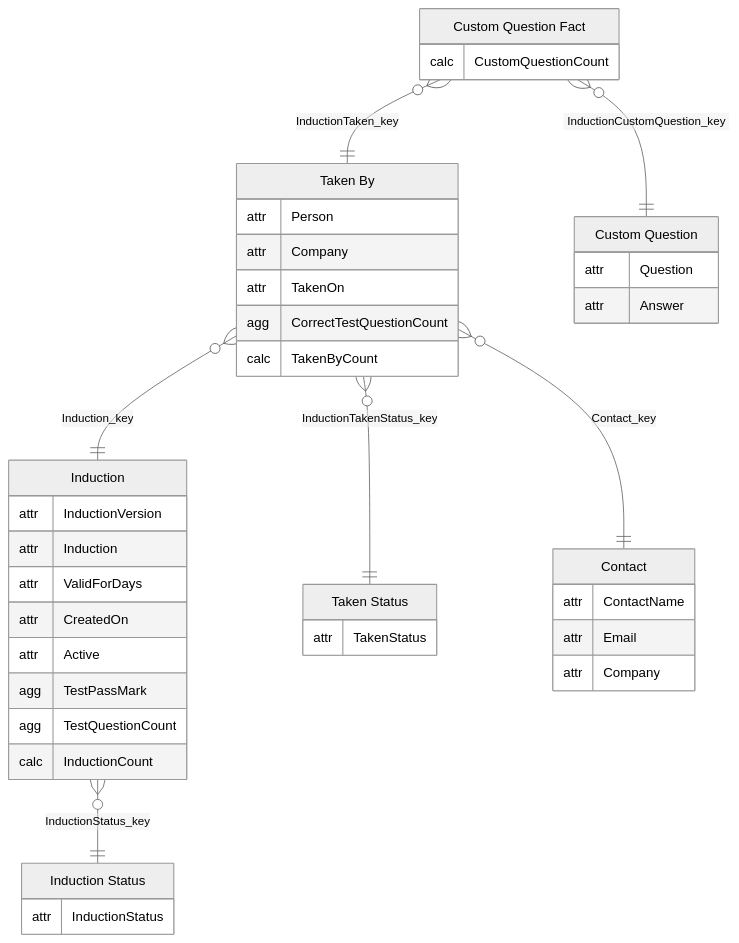
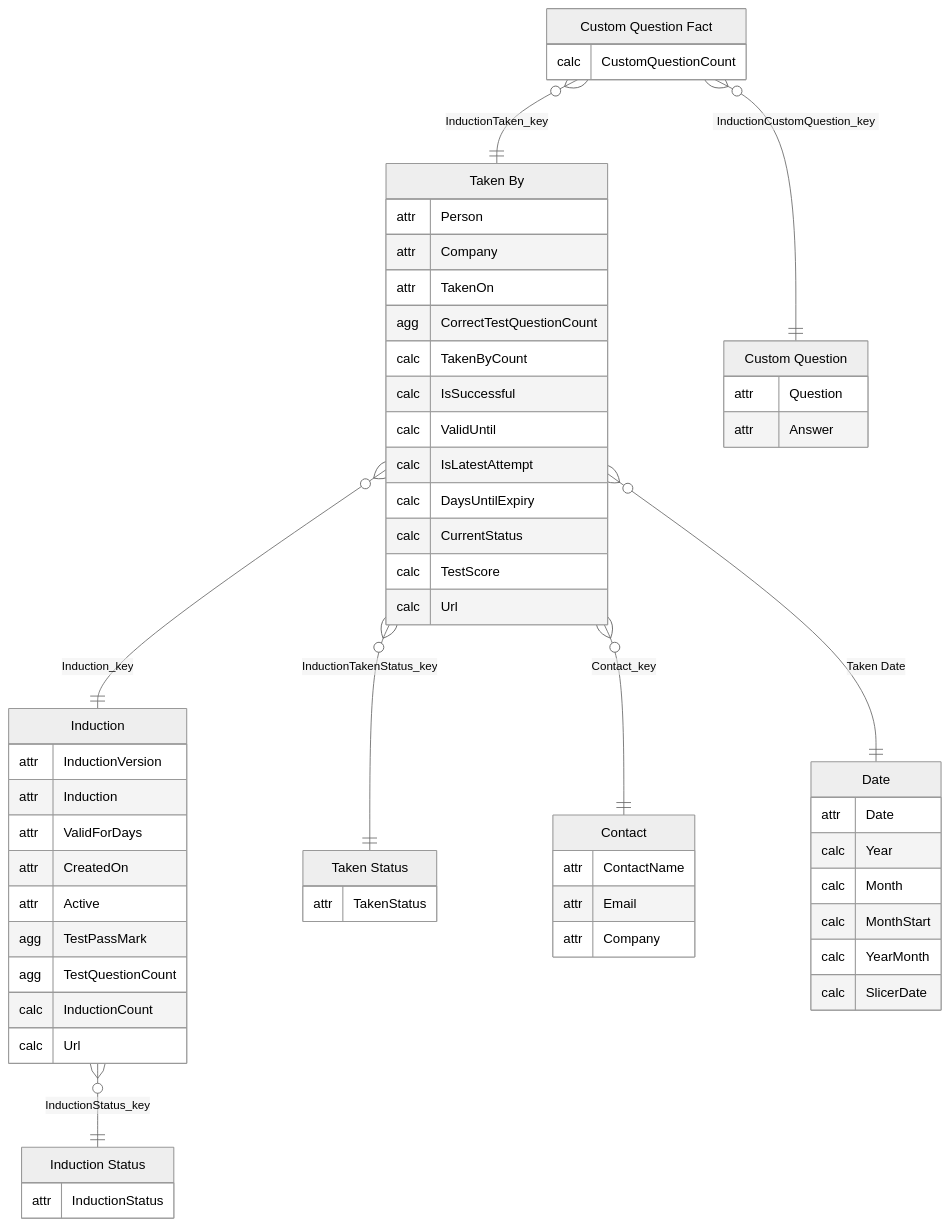
One commit to work-wallet/BIClient changed the first of 2 diagrams in PowerBISamplesModels/Inductions.md. Above: the diagram before and after it, drawn with Mermaid. The commit also changed other lines of this file and 816 other files, not shown here.

````diff
--- a/PowerBISamplesModels/Inductions.md
+++ b/PowerBISamplesModels/Inductions.md
@@ -7,48 +7,65 @@
 ```mermaid
 ---
 config:
   theme: neutral
 ---
 erDiagram
     "Induction" {
         attr InductionVersion
         attr Induction
         attr ValidForDays
         attr CreatedOn
         attr Active
         agg TestPassMark
         agg TestQuestionCount
         calc InductionCount
+        calc Url
     }
     "Taken By" {
         attr Person
         attr Company
         attr TakenOn
         agg CorrectTestQuestionCount
         calc TakenByCount
+        calc IsSuccessful
+        calc ValidUntil
+        calc IsLatestAttempt
+        calc DaysUntilExpiry
+        calc CurrentStatus
+        calc TestScore
+        calc Url
     }
     "Taken Status" {
         attr TakenStatus
     }
     "Induction Status" {
         attr InductionStatus
     }
     "Custom Question Fact" {
         calc CustomQuestionCount
     }
     "Custom Question" {
         attr Question
         attr Answer
     }
     "Contact" {
         attr ContactName
         attr Email
         attr Company
     }
+    "Date" {
+        attr Date
+        calc Year
+        calc Month
+        calc MonthStart
+        calc YearMonth
+        calc SlicerDate
+    }
     "Induction" }o--|| "Induction Status" : "InductionStatus_key"
     "Custom Question Fact" }o--|| "Custom Question" : "InductionCustomQuestion_key"
     "Custom Question Fact" }o--|| "Taken By" : "InductionTaken_key"
     "Taken By" }o--|| "Induction" : "Induction_key"
     "Taken By" }o--|| "Taken Status" : "InductionTakenStatus_key"
     "Taken By" }o--|| "Contact" : "Contact_key"
+    "Taken By" }o--|| "Date" : "Taken Date"
 ```
````
